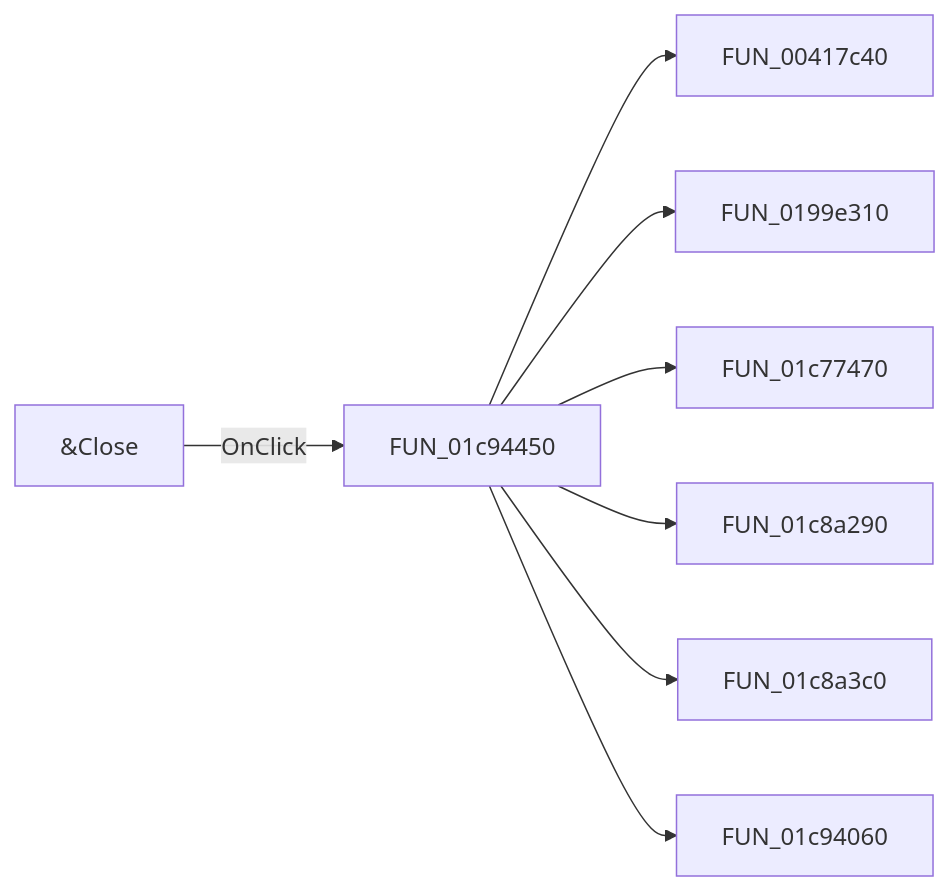
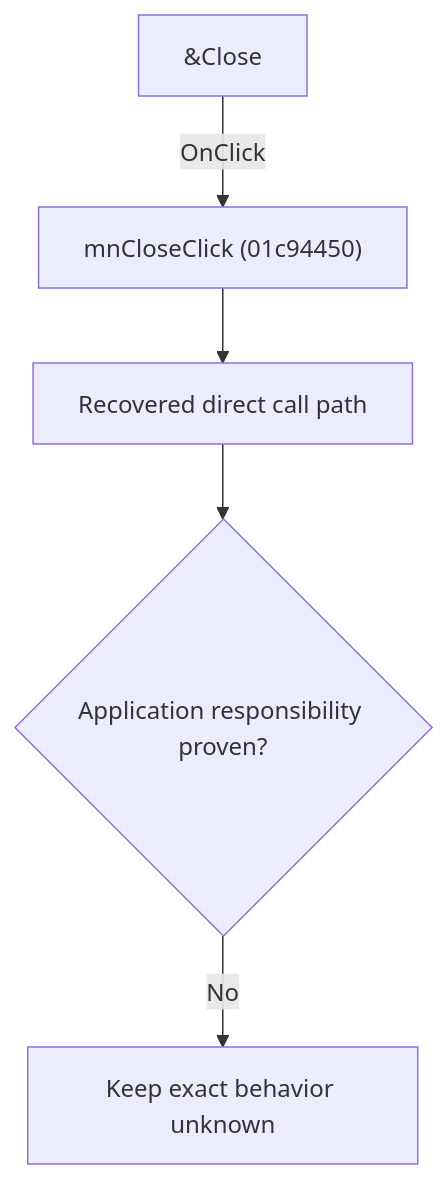
Before and after one commit to MovGP0/TIARA: the diagram in docs/ui-controls/schematiceditor/mnclose-3c7d7c03bd.md, drawn with Mermaid. The commit also changed other lines of this file and 1062 other files, not shown here.

````diff
--- a/docs/ui-controls/schematiceditor/mnclose-3c7d7c03bd.md
+++ b/docs/ui-controls/schematiceditor/mnclose-3c7d7c03bd.md
@@ -27,10 +27,7 @@
 ```mermaid
-flowchart LR
-    control["&Close"] -->|OnClick| handler["FUN_01c94450"]
-    handler --> call1["FUN_00417c40"]
-    handler --> call2["FUN_0199e310"]
-    handler --> call3["FUN_01c77470"]
-    handler --> call4["FUN_01c8a290"]
-    handler --> call5["FUN_01c8a3c0"]
-    handler --> call6["FUN_01c94060"]
+flowchart TD
+    control["&Close"] -->|"OnClick"| handler["mnCloseClick (01c94450)"]
+    handler --> recovered["Recovered direct call path"]
+    recovered --> gap{"Application responsibility proven?"}
+    gap -->|"No"| blocked["Keep exact behavior unknown"]
 ```
````
